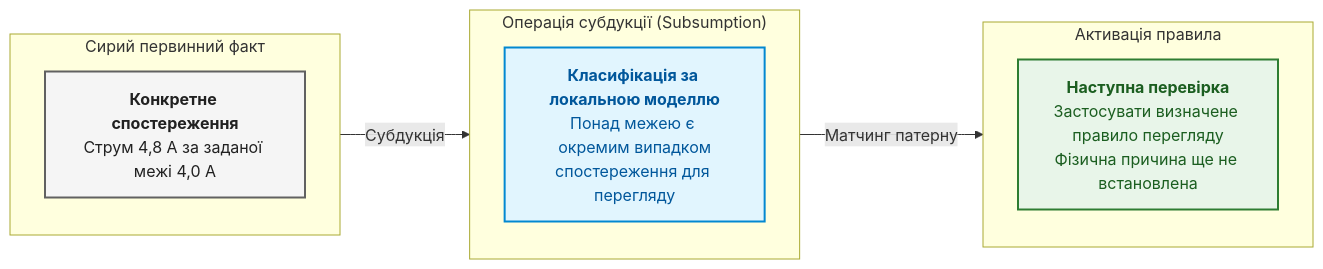
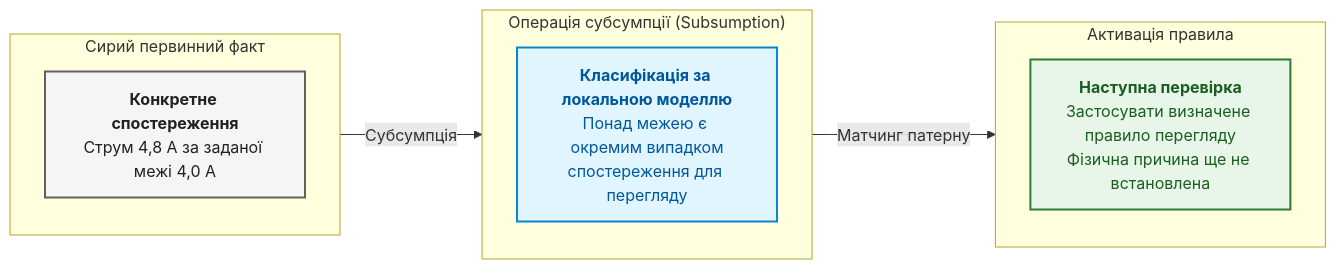
One commit to nick-fedchik/articles changed the first of 13 diagrams in ExpertSystem/ch06-applied-mathematics-for-expert-systems.md. Above: the diagram before and after it, drawn with Mermaid. The commit also changed other lines of this file and 43 other files, not shown here.

````diff
--- a/ExpertSystem/ch06-applied-mathematics-for-expert-systems.md
+++ b/ExpertSystem/ch06-applied-mathematics-for-expert-systems.md
@@ -492,30 +492,30 @@
 ```mermaid
 flowchart LR
-    accTitle: Субдукція (підведення під поняття)
-    accDescr: Субдукція відносить конкретний факт до онтологічного класу, створюючи передумову для спрацювання дедуктивного правила.
+    accTitle: Субсумпція (підведення під поняття)
+    accDescr: Субсумпція відносить конкретний факт до онтологічного класу, створюючи передумову для спрацювання дедуктивного правила.
 
     subgraph Fact["Сирий первинний факт"]
         direction TB
         F1["<b>Конкретне спостереження</b><br/>Струм 4,8 А за заданої межі 4,0 А"]
     end
 
-    subgraph Subsumption["Операція субдукції (Subsumption)"]
+    subgraph Subsumption["Операція субсумпції (Subsumption)"]
         direction TB
         S_OP["<b>Класифікація за локальною моделлю</b><br/>Понад межею є окремим випадком<br/>спостереження для перегляду"]
     end
 
     subgraph Matched["Активація правила"]
         direction TB
         R_ACT["<b>Наступна перевірка</b><br/>Застосувати визначене правило перегляду<br/>Фізична причина ще не встановлена"]
     end
 
-    Fact -->|Субдукція| Subsumption
+    Fact -->|Субсумпція| Subsumption
     Subsumption -->|Матчинг патерну| Matched
 
     classDef f fill:#f5f5f5,stroke:#616161,stroke-width:2px,color:#212121;
     classDef s fill:#e1f5fe,stroke:#0288d1,stroke-width:2px,color:#01579b;
     classDef m fill:#e8f5e9,stroke:#2e7d32,stroke-width:2px,color:#1b5e20;
     class F1 f;
     class S_OP s;
     class R_ACT m;
 ```
````
